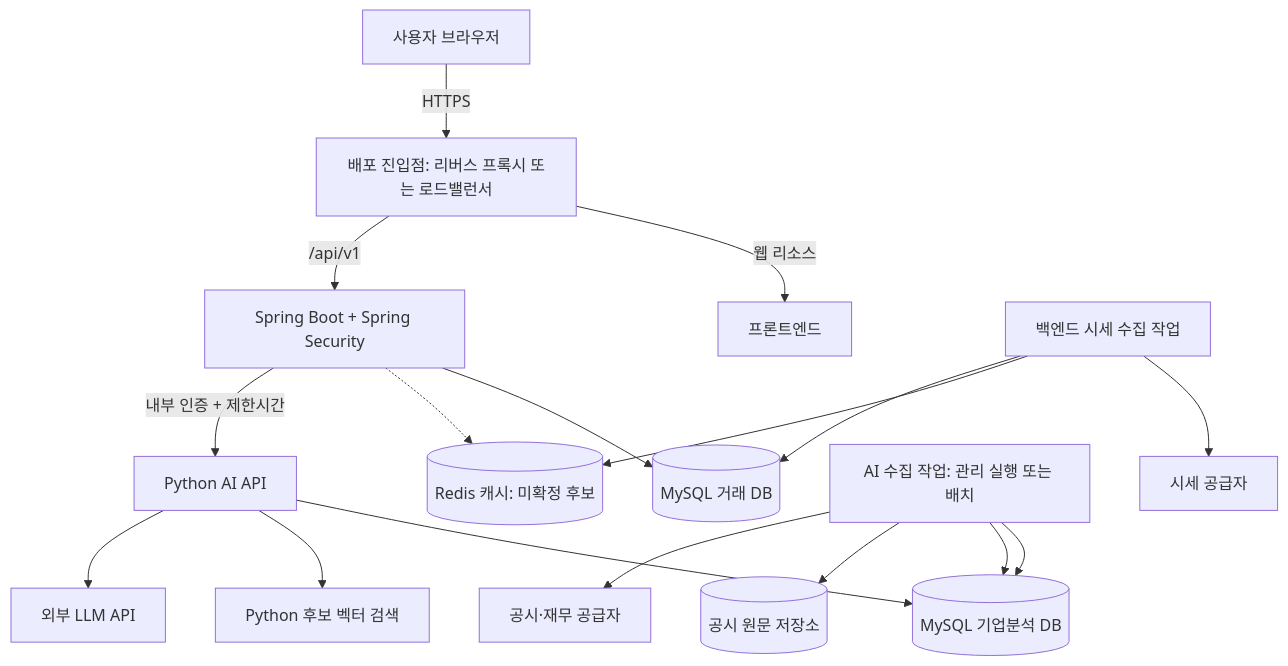
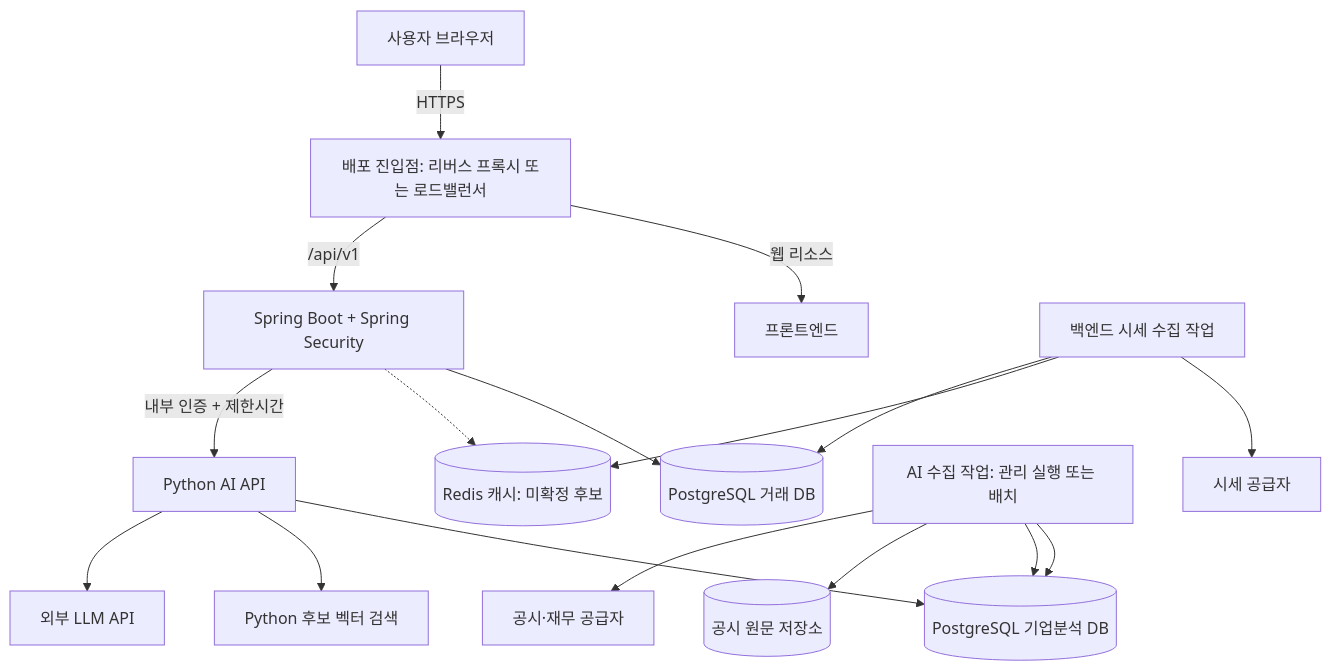
One commit to investlab-team/investlab-backend changed the diagram in docs/architecture/system-architecture.md. Above: the diagram before and after it, drawn with Mermaid. The commit also changed other lines of this file and 13 other files, not shown here.

First line of the commit message:
chore: DB 기반을 PostgreSQL 16으로 전환

````diff
--- a/docs/architecture/system-architecture.md
+++ b/docs/architecture/system-architecture.md
@@ -67,19 +67,19 @@
 ```mermaid
 flowchart TD
     User[사용자 브라우저] -->|HTTPS| Entry[배포 진입점: 리버스 프록시 또는 로드밸런서]
     Entry -->|웹 리소스| Web[프론트엔드]
     Entry -->|/api/v1| Backend[Spring Boot + Spring Security]
-    Backend --> CoreDB[(MySQL 거래 DB)]
+    Backend --> CoreDB[(PostgreSQL 거래 DB)]
     Backend -.-> Redis[(Redis 캐시: 미확정 후보)]
     Backend -->|내부 인증 + 제한시간| AI[Python AI API]
-    AI --> ResearchDB[(MySQL 기업분석 DB)]
+    AI --> ResearchDB[(PostgreSQL 기업분석 DB)]
     AI --> Search[Python 후보 벡터 검색]
     AI --> LLM[외부 LLM API]
     Worker[AI 수집 작업: 관리 실행 또는 배치] --> ResearchDB
     Worker --> ResearchDB
     Worker --> Storage[(공시 원문 저장소)]
     Worker --> Disclosure[공시·재무 공급자]
     Market[백엔드 시세 수집 작업] --> Quotes[시세 공급자]
     Market --> Redis
     Market --> CoreDB
 ```
````
